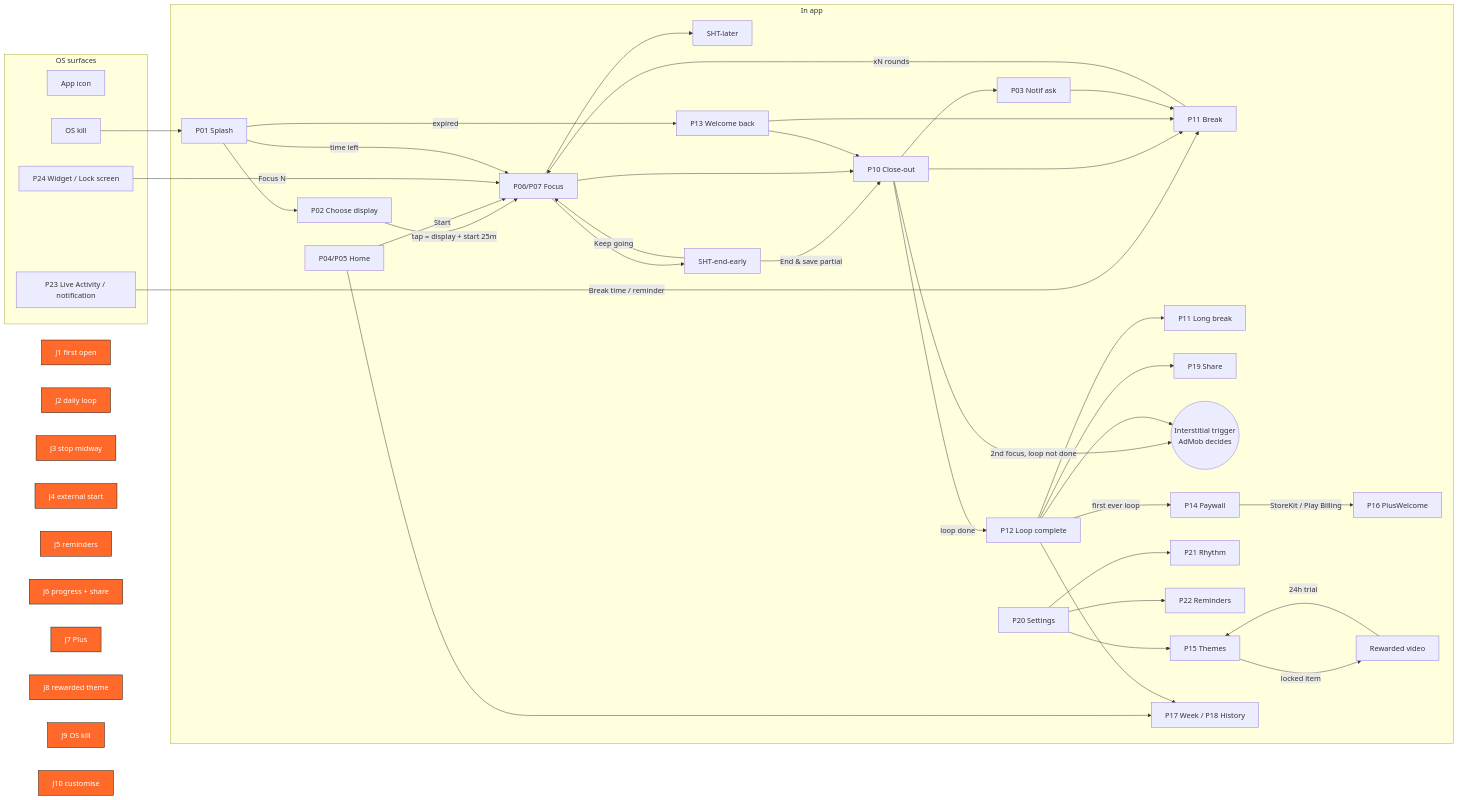
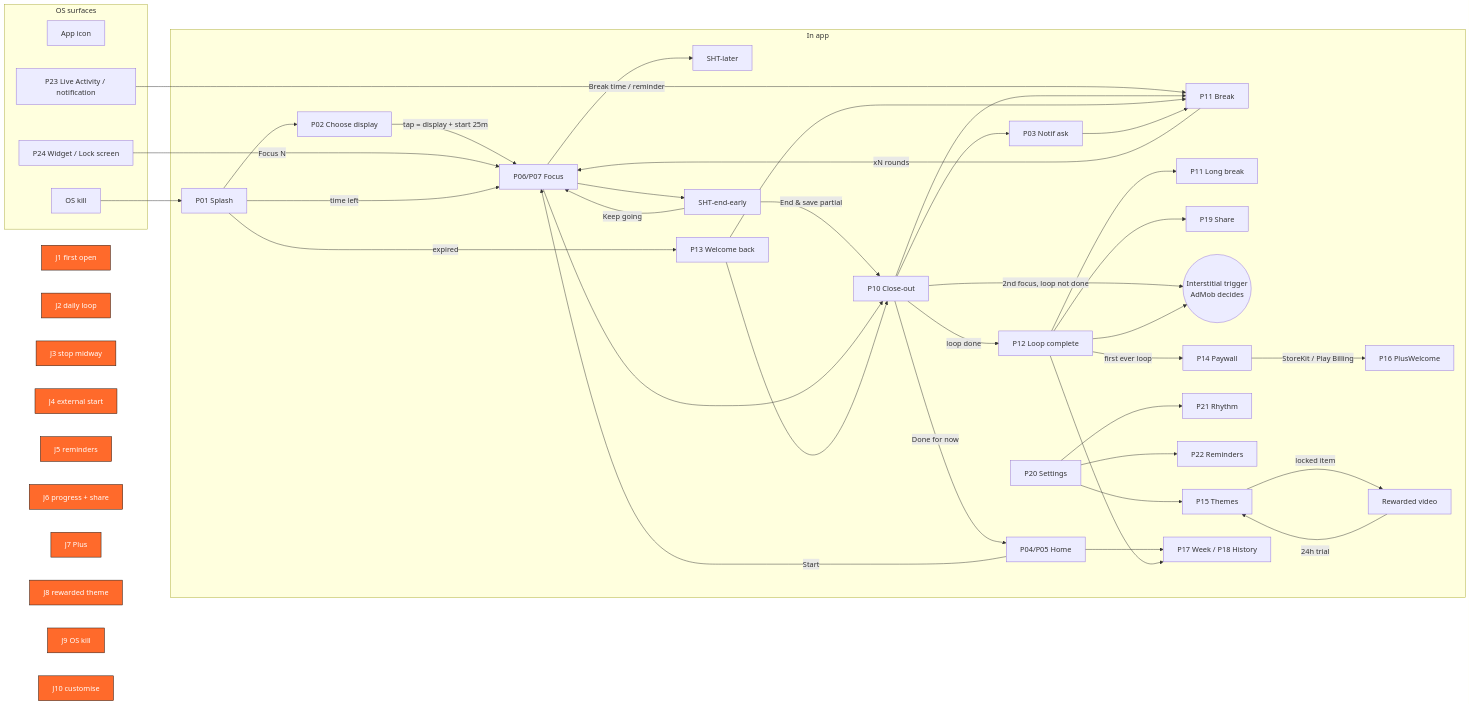
The diagram in docs/product/journey-map.mmd (appsindie/focus-loop), drawn with Mermaid before and after one commit. The commit also changed 3 other files, not shown here.

Commit message:
docs(product): P10 'Done for now' exit in DESIGN + journey map + live spec; record PR #20 review

```diff
--- a/docs/product/journey-map.mmd
+++ b/docs/product/journey-map.mmd
@@ -1,57 +1,58 @@
 %% Focus Loop — journey flow, J1–J10 (design canvas 1791071241-7cd3)
 %% Editable source; rendered diagram is docs/product/design/png/J-Map.png (design of record)
 flowchart LR
   subgraph OS[OS surfaces]
     ICON[App icon]
     W[P24 Widget / Lock screen]
     LA[P23 Live Activity / notification]
     KILL[OS kill]
   end
 
   subgraph APP[In app]
     P01[P01 Splash] --> P02[P02 Choose display]
     P02 -->|tap = display + start 25m| F[P06/P07 Focus]
     P04[P04/P05 Home] -->|Start| F
     W -->|Focus N| F
     LA -->|Break time / reminder| B[P11 Break]
     F --> SHTL[SHT-later]
     F --> SHEND[SHT-end-early]
     SHEND -->|Keep going| F
     SHEND -->|End & save partial| CO[P10 Close-out]
     F --> CO
     CO --> B
+    CO -->|Done for now| P04
     B -->|xN rounds| F
     CO -->|loop done| LC[P12 Loop complete]
     LC --> LB[P11 Long break]
     LC --> SH[P19 Share]
     CO -->|2nd focus, loop not done| TRIG((Interstitial trigger\nAdMob decides))
     LC --> TRIG
     LC -->|first ever loop| PW[P14 Paywall]
     PW -->|StoreKit / Play Billing| PLUS[P16 PlusWelcome]
     KILL --> P01
     P01 -->|time left| F
     P01 -->|expired| WB[P13 Welcome back]
     WB --> CO
     WB --> B
     P03[P03 Notif ask] --> B
     CO --> P03
     SET[P20 Settings] --> RHY[P21 Rhythm]
     SET --> REM[P22 Reminders]
     SET --> TH[P15 Themes]
     TH -->|locked item| RW[Rewarded video]
     RW -->|24h trial| TH
     P04 --> WK[P17 Week / P18 History]
     LC --> WK
   end
 
   J1[ J1 first open ]:::j
   J2[ J2 daily loop ]:::j
   J3[ J3 stop midway ]:::j
   J4[ J4 external start ]:::j
   J5[ J5 reminders ]:::j
   J6[ J6 progress + share ]:::j
   J7[ J7 Plus ]:::j
   J8[ J8 rewarded theme ]:::j
   J9[ J9 OS kill ]:::j
   J10[ J10 customise ]:::j
   classDef j fill:#FF6A2B,stroke:#141210,color:#fff
```
